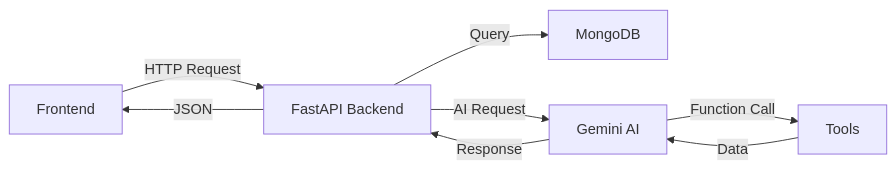
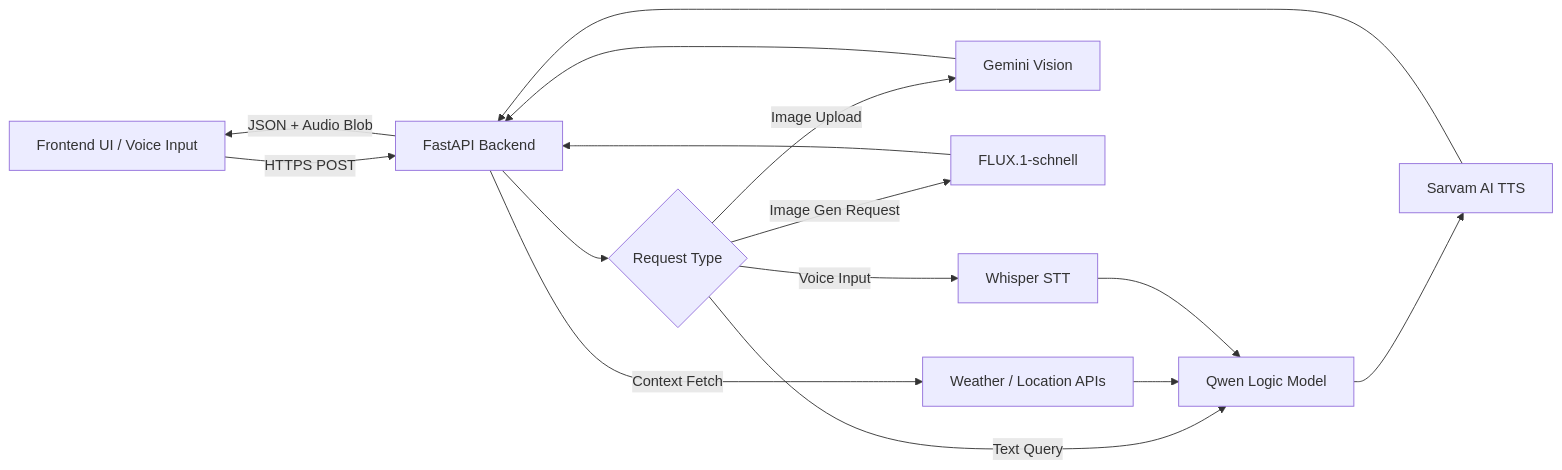
One commit to DevSars24/SIH-Team-Greensphere changed the diagram in README.md. Above: the diagram before and after it, drawn with Mermaid. The commit also changed other lines of this file, not shown here.

````diff
--- a/README.md
+++ b/README.md
@@ -201,10 +65,20 @@
 ```mermaid
 graph LR
-    A[Frontend] -->|HTTP Request| B[FastAPI Backend]
-    B -->|Query| C[MongoDB]
-    B -->|AI Request| D[Gemini AI]
-    D -->|Function Call| E[Tools]
-    E -->|Data| D
-    D -->|Response| B
-    B -->|JSON| A
+    A[Frontend UI / Voice Input] -->|HTTPS POST| B[FastAPI Backend]
+    B --> C{Request Type}
+    
+    C -->|Voice Input| D[Whisper STT]
+    C -->|Image Upload| E[Gemini Vision]
+    C -->|Image Gen Request| F[FLUX.1-schnell]
+    C -->|Text Query| G[Qwen Logic Model]
+    
+    B -->|Context Fetch| H[Weather / Location APIs]
+    H --> G
+    
+    D --> G
+    E --> B
+    F --> B
+    G --> I[Sarvam AI TTS]
+    I --> B
+    B -->|JSON + Audio Blob| A
 ```
````
